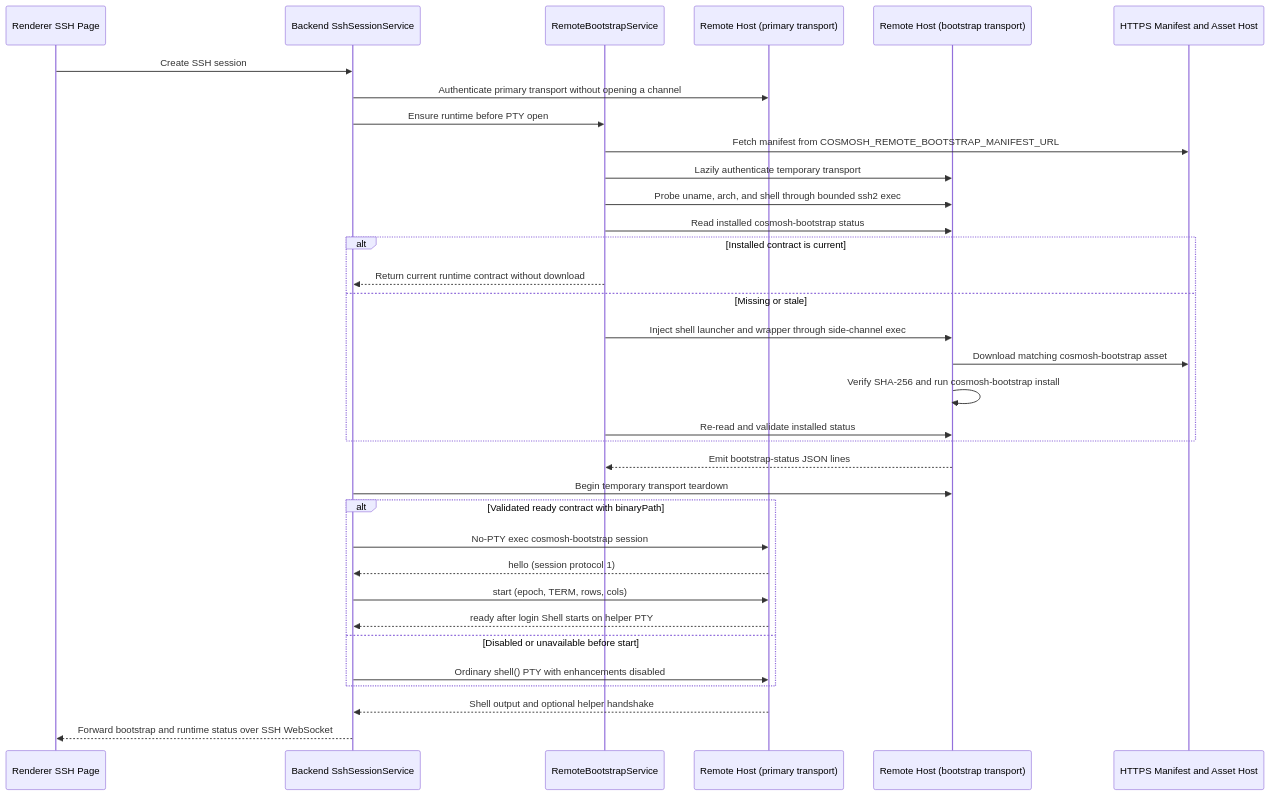
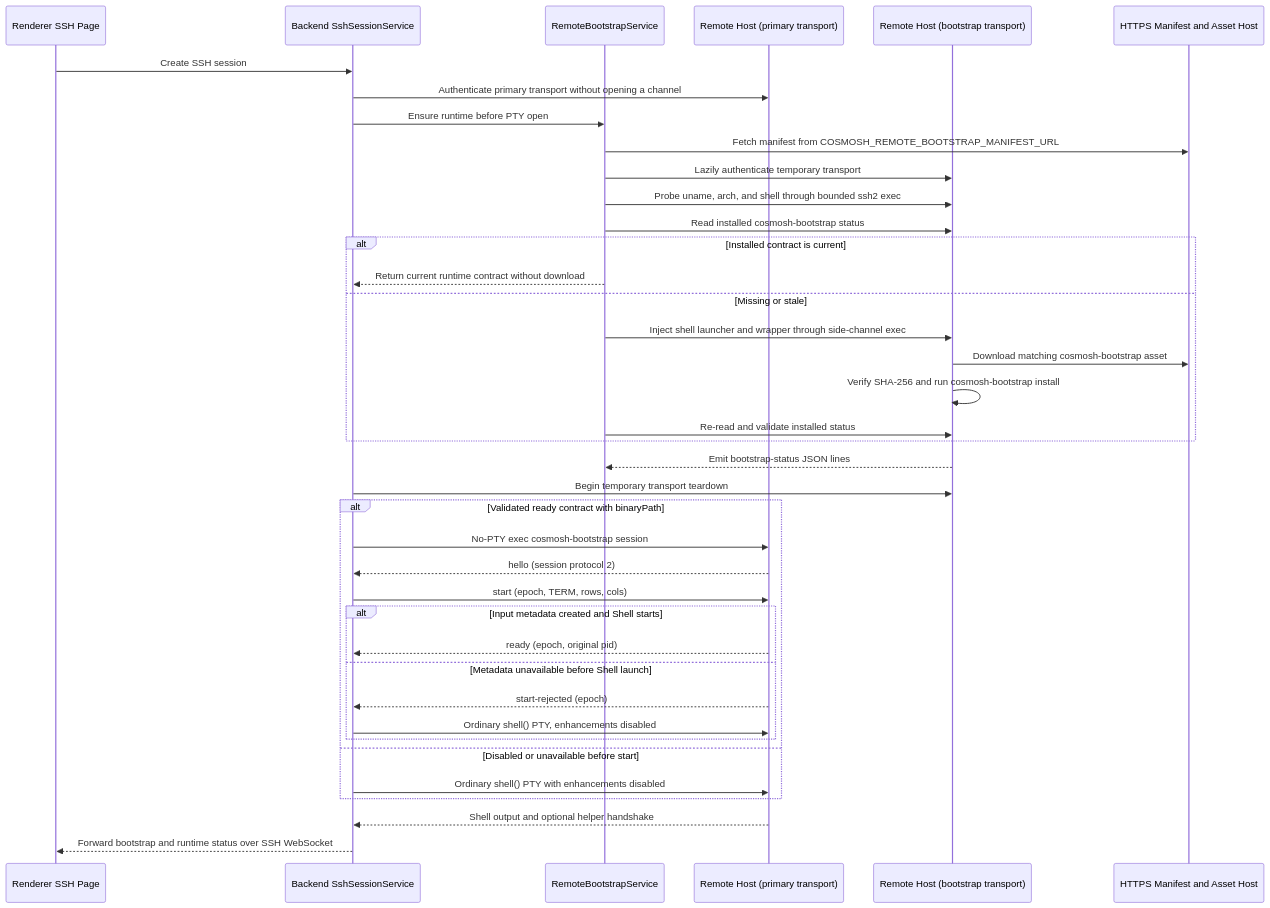
Before and after one commit to agoudbg/Cosmosh: the diagram in packages/remote-bootstrap/README.md, drawn with Mermaid. The commit also changed other lines of this file and 82 other files, not shown here.

Commit message:
fix(terminal): require delivered input before editor operations

````diff
--- a/packages/remote-bootstrap/README.md
+++ b/packages/remote-bootstrap/README.md
@@ -28,37 +30,42 @@
 ```mermaid
 sequenceDiagram
   participant UI as Renderer SSH Page
   participant SSH as Backend SshSessionService
   participant RB as RemoteBootstrapService
   participant PRIMARY as Remote Host (primary transport)
   participant AUX as Remote Host (bootstrap transport)
   participant CDN as HTTPS Manifest and Asset Host
 
   UI->>SSH: Create SSH session
   SSH->>PRIMARY: Authenticate primary transport without opening a channel
   SSH->>RB: Ensure runtime before PTY open
   RB->>CDN: Fetch manifest from COSMOSH_REMOTE_BOOTSTRAP_MANIFEST_URL
   RB->>AUX: Lazily authenticate temporary transport
   RB->>AUX: Probe uname, arch, and shell through bounded ssh2 exec
   RB->>AUX: Read installed cosmosh-bootstrap status
   alt Installed contract is current
     RB-->>SSH: Return current runtime contract without download
   else Missing or stale
     RB->>AUX: Inject shell launcher and wrapper through side-channel exec
     AUX->>CDN: Download matching cosmosh-bootstrap asset
     AUX->>AUX: Verify SHA-256 and run cosmosh-bootstrap install
     RB->>AUX: Re-read and validate installed status
   end
   AUX-->>RB: Emit bootstrap-status JSON lines
   SSH->>AUX: Begin temporary transport teardown
   alt Validated ready contract with binaryPath
     SSH->>PRIMARY: No-PTY exec cosmosh-bootstrap session
-    PRIMARY-->>SSH: hello (session protocol 1)
+    PRIMARY-->>SSH: hello (session protocol 2)
     SSH->>PRIMARY: start (epoch, TERM, rows, cols)
-    PRIMARY-->>SSH: ready after login Shell starts on helper PTY
+    alt Input metadata created and Shell starts
+      PRIMARY-->>SSH: ready (epoch, original pid)
+    else Metadata unavailable before Shell launch
+      PRIMARY-->>SSH: start-rejected (epoch)
+      SSH->>PRIMARY: Ordinary shell() PTY, enhancements disabled
+    end
   else Disabled or unavailable before start
     SSH->>PRIMARY: Ordinary shell() PTY with enhancements disabled
   end
   PRIMARY-->>SSH: Shell output and optional helper handshake
   SSH-->>UI: Forward bootstrap and runtime status over SSH WebSocket
 ```
````
